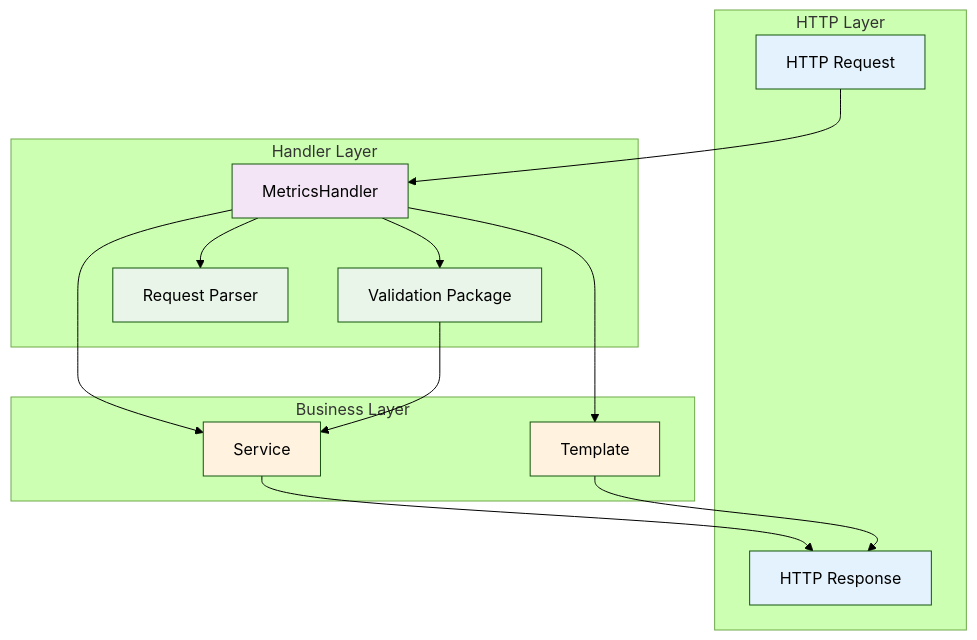
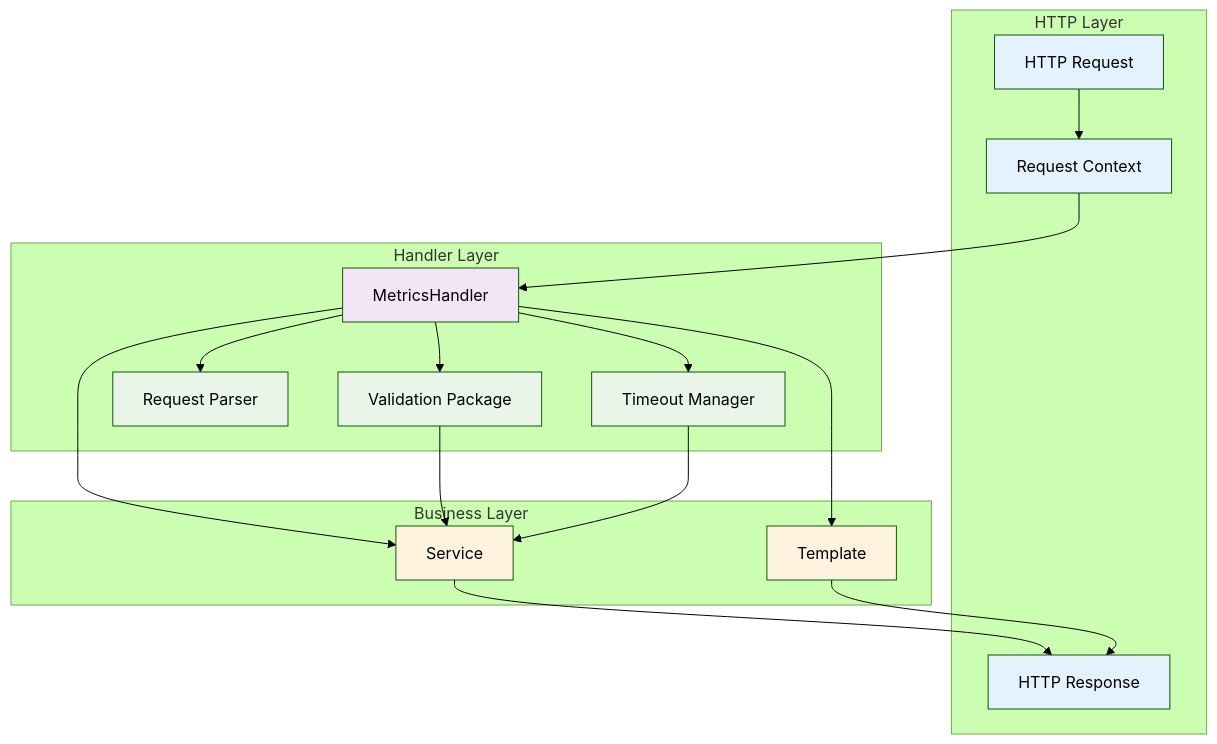
The first of 2 diagrams in internal/handler/README.md (IgorKilipenko/metrical), drawn with Mermaid (forest theme) before and after one commit. The commit also changed other lines of this file and 10 other files, not shown here.

````diff
--- a/internal/handler/README.md
+++ b/internal/handler/README.md
@@ -14,35 +15,42 @@
 ```mermaid
 graph TB
     subgraph "HTTP Layer"
         REQ[HTTP Request]
         RESP[HTTP Response]
+        CTX[Request Context]
     end
     
     subgraph "Handler Layer"
         MH[MetricsHandler]
         VAL[Validation Package]
         PARSER[Request Parser]
+        TIMEOUT[Timeout Manager]
     end
     
     subgraph "Business Layer"
         SERVICE[Service]
         TEMPLATE[Template]
     end
     
-    REQ --> MH
+    REQ --> CTX
+    CTX --> MH
     MH --> VAL
     MH --> PARSER
+    MH --> TIMEOUT
     MH --> SERVICE
     MH --> TEMPLATE
     VAL --> SERVICE
+    TIMEOUT --> SERVICE
     SERVICE --> RESP
     TEMPLATE --> RESP
     
     style REQ fill:#e3f2fd
     style RESP fill:#e3f2fd
+    style CTX fill:#e3f2fd
     style MH fill:#f3e5f5
     style VAL fill:#e8f5e8
     style PARSER fill:#e8f5e8
+    style TIMEOUT fill:#e8f5e8
     style SERVICE fill:#fff3e0
     style TEMPLATE fill:#fff3e0
 ```
````
